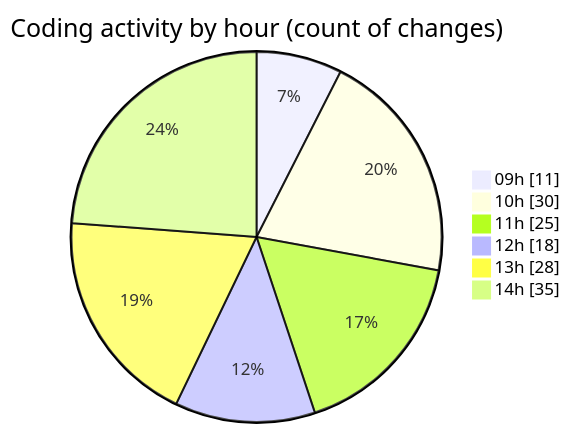
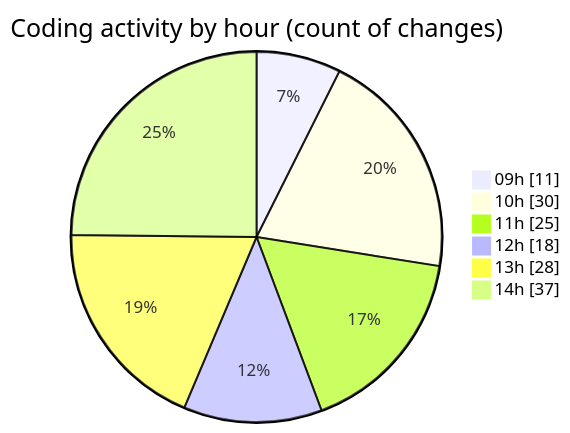
One commit to momahboobian/code-tracking changed the second of 2 diagrams in 2025-06-24/cda/README.md. Above: the diagram before and after it, drawn with Mermaid. The commit also changed other lines of this file and 1 other file, not shown here.

````diff
--- a/2025-06-24/cda/README.md
+++ b/2025-06-24/cda/README.md
@@ -32,10 +32,10 @@
 ```mermaid
 pie showData
 title Coding activity by hour (count of changes)
 "09h" : 11
 "10h" : 30
 "11h" : 25
 "12h" : 18
 "13h" : 28
-"14h" : 35
+"14h" : 37
 ```
````
